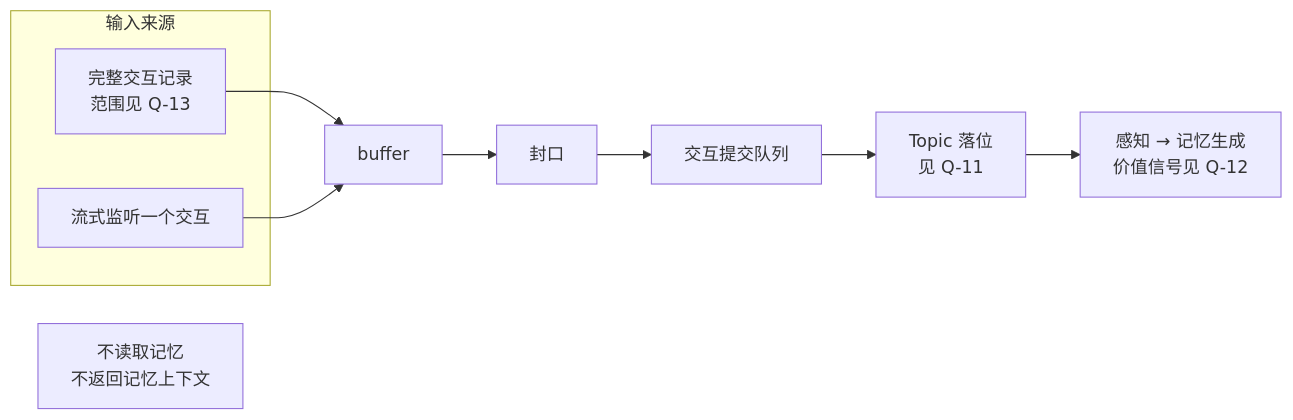
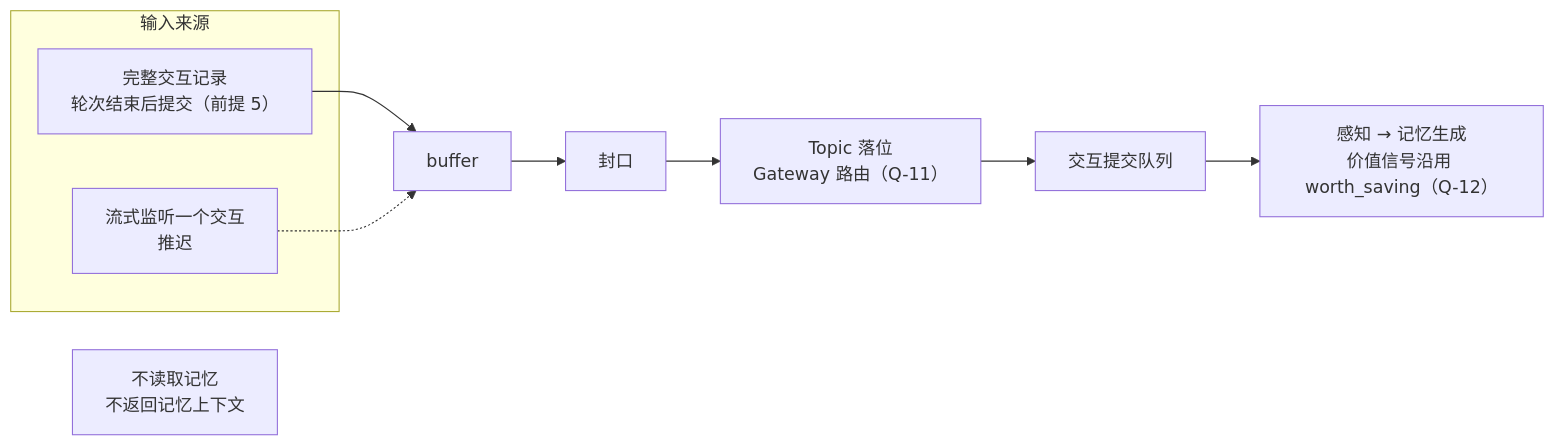
Before and after one commit to artemis03976/HiveMemory: the diagram in docs/ideas/import-bus.md, drawn with Mermaid. The commit also changed other lines of this file and 23 other files, not shown here.

````diff
--- a/docs/ideas/import-bus.md
+++ b/docs/ideas/import-bus.md
@@ -48,14 +54,14 @@
 ```mermaid
 flowchart LR
     subgraph SRC["输入来源"]
-        FULL["完整交互记录<br/>范围见 Q-13"]
-        STREAM["流式监听一个交互"]
+        FULL["完整交互记录<br/>轮次结束后提交（前提 5）"]
+        STREAM["流式监听一个交互<br/>推迟"]
     end
     FULL --> BUF["buffer"]
-    STREAM --> BUF
+    STREAM -.-> BUF
     BUF --> SEAL["封口"]
-    SEAL --> Q["交互提交队列"]
-    Q --> PLACE["Topic 落位<br/>见 Q-11"]
-    PLACE --> PERC["感知 → 记忆生成<br/>价值信号见 Q-12"]
+    SEAL --> PLACE["Topic 落位<br/>Gateway 路由（Q-11）"]
+    PLACE --> Q["交互提交队列"]
+    Q --> PERC["感知 → 记忆生成<br/>价值信号沿用 worth_saving（Q-12）"]
     X["不读取记忆<br/>不返回记忆上下文"]
 ```
````
